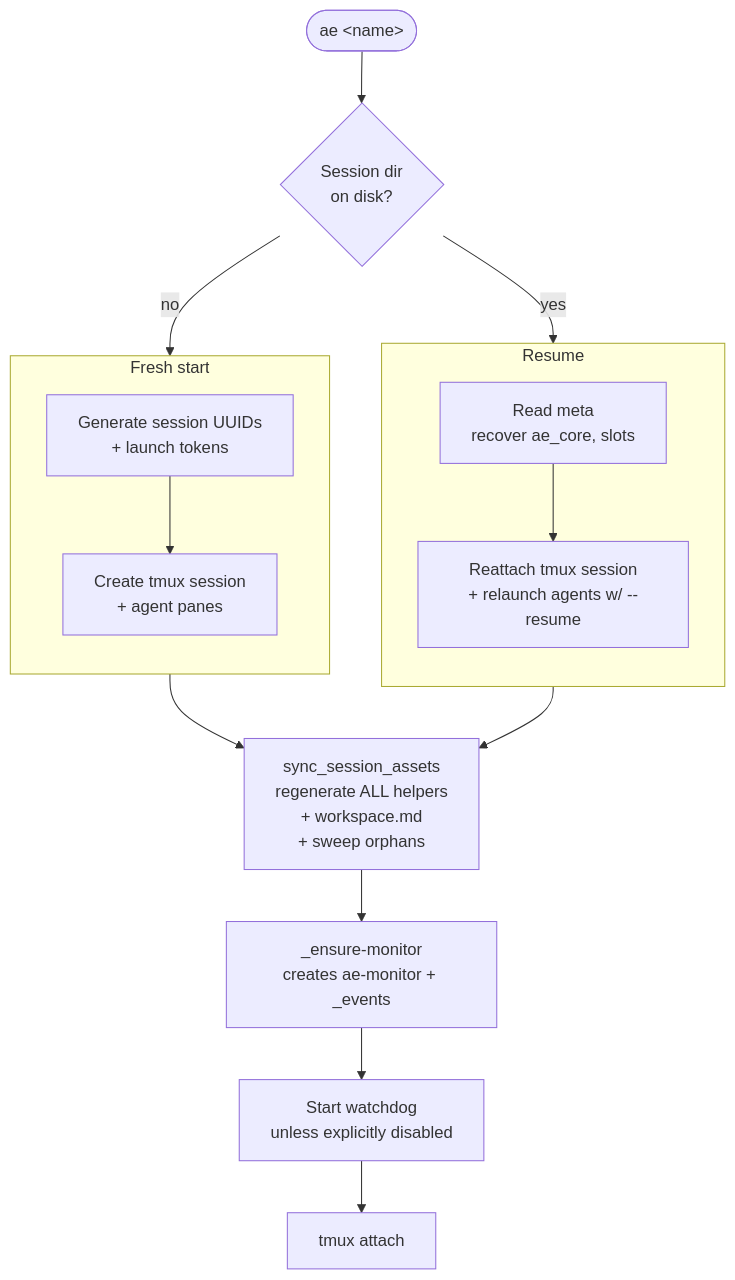
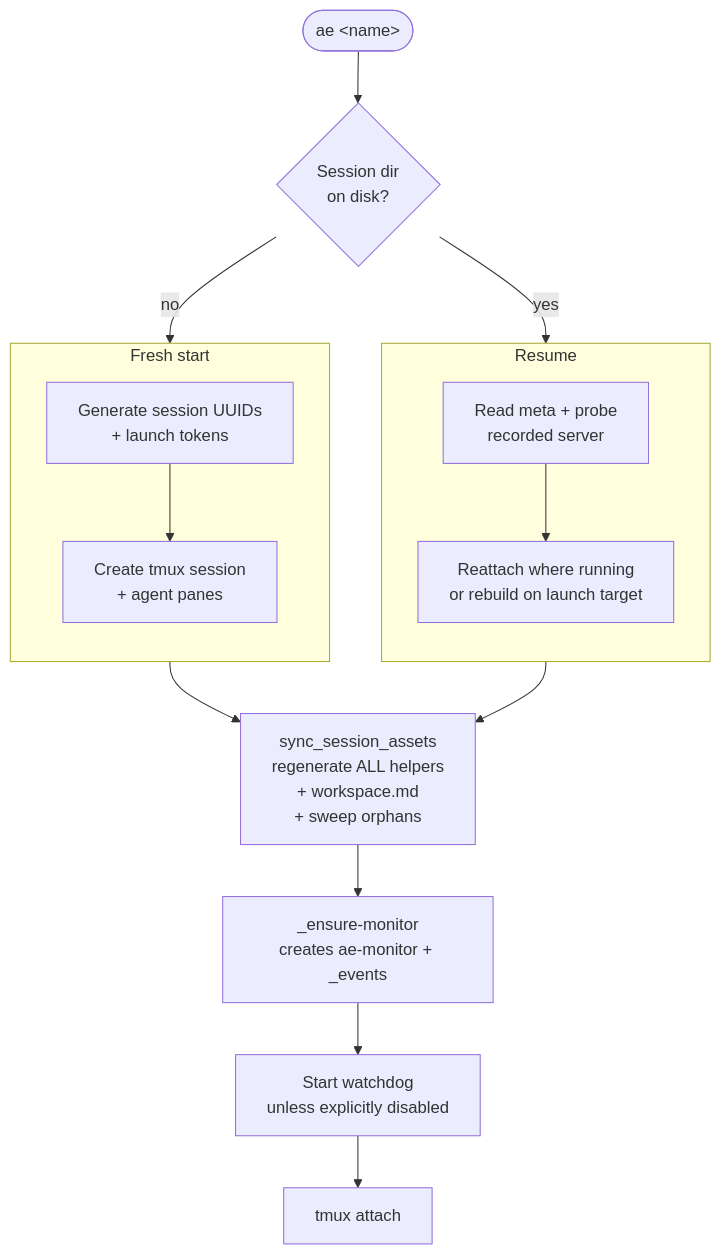
Before and after one commit to clemens33/ae: the second of 2 diagrams in docs/internals/architecture.md, drawn with Mermaid. The commit also changed other lines of this file and 20 other files, not shown here.

````diff
--- a/docs/internals/architecture.md
+++ b/docs/internals/architecture.md
@@ -51,26 +66,26 @@
 ```mermaid
 flowchart TB
     Cmd([ae &lt;name&gt;]) --> Check{Session dir<br/>on disk?}
     Check -- no --> Fresh
     Check -- yes --> Resume
 
     subgraph Fresh ["Fresh start"]
         direction TB
         F1[Generate session UUIDs<br/>+ launch tokens]
         F2[Create tmux session<br/>+ agent panes]
         F1 --> F2
     end
 
     subgraph Resume ["Resume"]
         direction TB
-        R1[Read meta<br/>recover ae_core, slots]
-        R2[Reattach tmux session<br/>+ relaunch agents w/ --resume]
+        R1[Read meta + probe<br/>recorded server]
+        R2[Reattach where running<br/>or rebuild on launch target]
         R1 --> R2
     end
 
     Fresh --> Sync[sync_session_assets<br/>regenerate ALL helpers<br/>+ workspace.md<br/>+ sweep orphans]
     Resume --> Sync
     Sync --> Mon[_ensure-monitor<br/>creates ae-monitor + _events]
     Mon --> Watchdog[Start watchdog<br/>unless explicitly disabled]
     Watchdog --> Attach[tmux attach]
 ```
````
